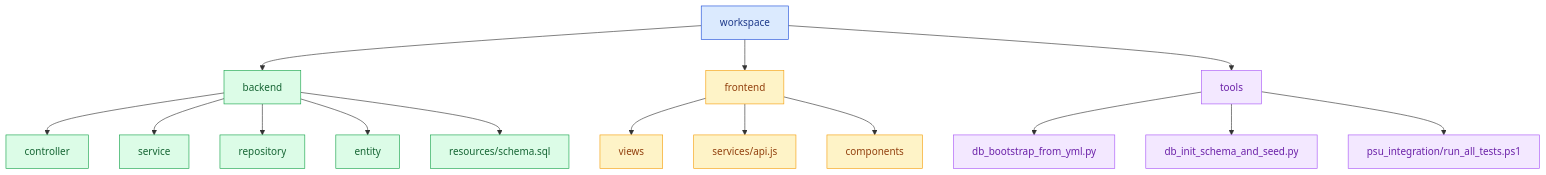
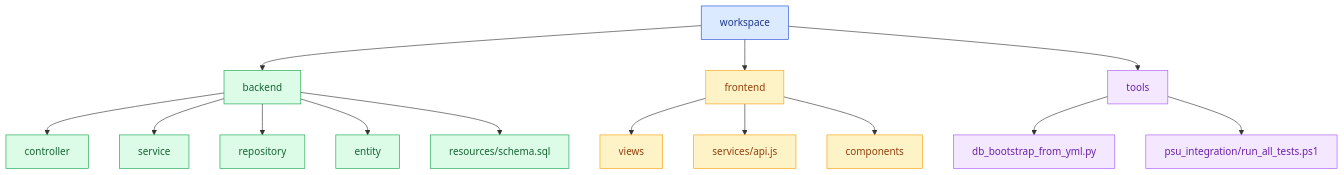
Before and after one commit to sherlockslf/prompt_service_platform: the first of 9 diagrams in README.md, drawn with Mermaid. The commit also changed other lines of this file and 27 other files, not shown here.

````diff
--- a/README.md
+++ b/README.md
@@ -46,26 +46,25 @@
 ```mermaid
 flowchart TB
     A[workspace] --> B[backend]
     A --> C[frontend]
     A --> D[tools]
     B --> B1[controller]
     B --> B2[service]
     B --> B3[repository]
     B --> B4[entity]
     B --> B5[resources/schema.sql]
     C --> C1[views]
     C --> C2[services/api.js]
     C --> C3[components]
     D --> D1[db_bootstrap_from_yml.py]
-    D --> D2[db_init_schema_and_seed.py]
     D --> D3[psu_integration/run_all_tests.ps1]
 
     classDef root fill:#dbeafe,color:#1e3a8a,stroke:#1d4ed8;
     classDef backend fill:#dcfce7,color:#166534,stroke:#16a34a;
     classDef frontend fill:#fef3c7,color:#92400e,stroke:#f59e0b;
     classDef tools fill:#f3e8ff,color:#6b21a8,stroke:#a855f7;
     class A root;
     class B,B1,B2,B3,B4,B5 backend;
     class C,C1,C2,C3 frontend;
     class D,D1,D2,D3 tools;
 ```
````
